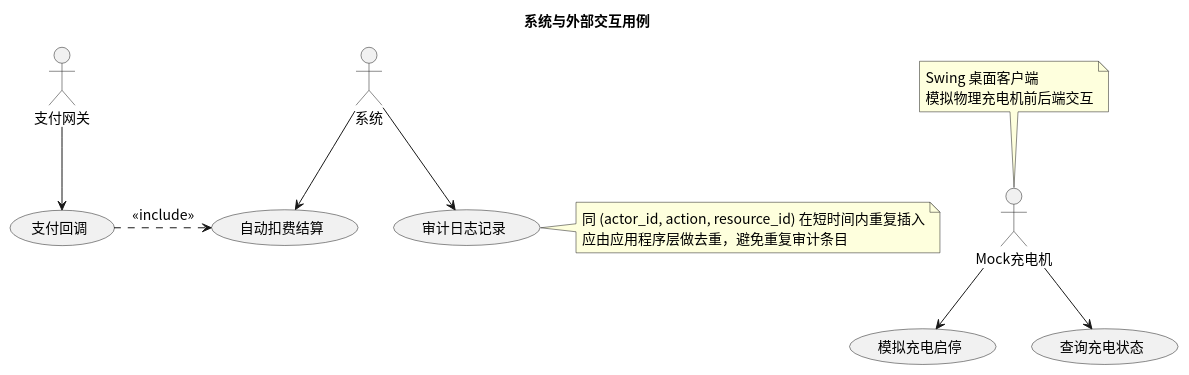
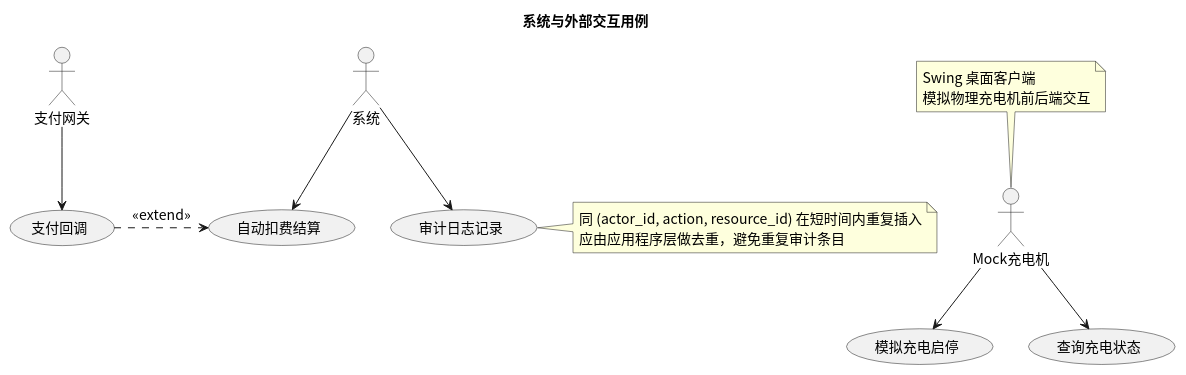
The diagram in usecase/docs/overview/src/external_usecases.puml (greenhandzdl/charging-station-doc), drawn with PlantUML before and after one commit. The commit also changed 32 other files, not shown here.

```diff
--- a/usecase/docs/overview/src/external_usecases.puml
+++ b/usecase/docs/overview/src/external_usecases.puml
@@ -1,27 +1,27 @@
 @startuml
 skinparam defaultFontName "Noto Sans CJK SC"
 skinparam defaultFontSize 14
 title 系统与外部交互用例
 skinparam useCaseShape rectangle
 
 actor "支付网关" as P
 actor "系统" as S
 actor "Mock充电机" as MC
 
 usecase "支付回调" as CB
 usecase "自动扣费结算" as AUTO
 usecase "审计日志记录" as AUDIT
 
 note right of AUDIT : 同 (actor_id, action, resource_id) 在短时间内重复插入\n应由应用程序层做去重，避免重复审计条目
 usecase "模拟充电启停" as MCS
 usecase "查询充电状态" as QC_CM
 
 P --> CB
 S --> AUTO
 S --> AUDIT
 MC --> MCS
 MC --> QC_CM
 note top of MC : Swing 桌面客户端\n模拟物理充电机前后端交互
 
-AUTO <.left. CB : <<include>>
+AUTO <.left. CB : <<extend>>
 @enduml
```
